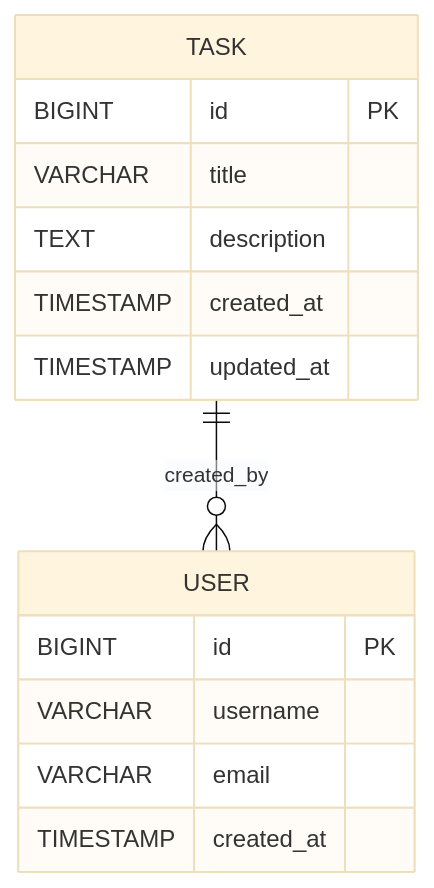
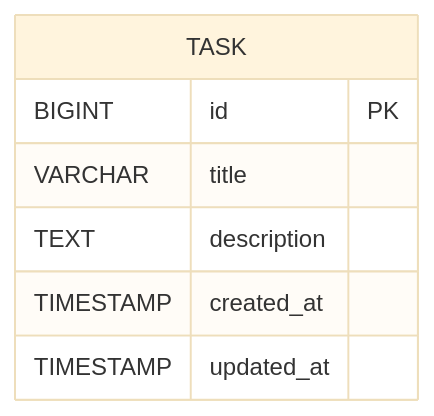
Before and after one commit to ThapaswiASC/SCIB-INCEPTION-PHASE-DEMO: the diagram in lld/lld_DEMO-759.md, drawn with Mermaid (base theme). The commit also changed other lines of this file, not shown here.

````diff
--- a/lld/lld_DEMO-759.md
+++ b/lld/lld_DEMO-759.md
@@ -290,19 +280,10 @@
 ```mermaid
 erDiagram
     TASK {
         BIGINT id PK
         VARCHAR title
         TEXT description
         TIMESTAMP created_at
         TIMESTAMP updated_at
     }
-    
-    USER {
-        BIGINT id PK
-        VARCHAR username
-        VARCHAR email
-        TIMESTAMP created_at
-    }
-    
-    TASK ||--o{ USER : "created_by"
 ```
````
